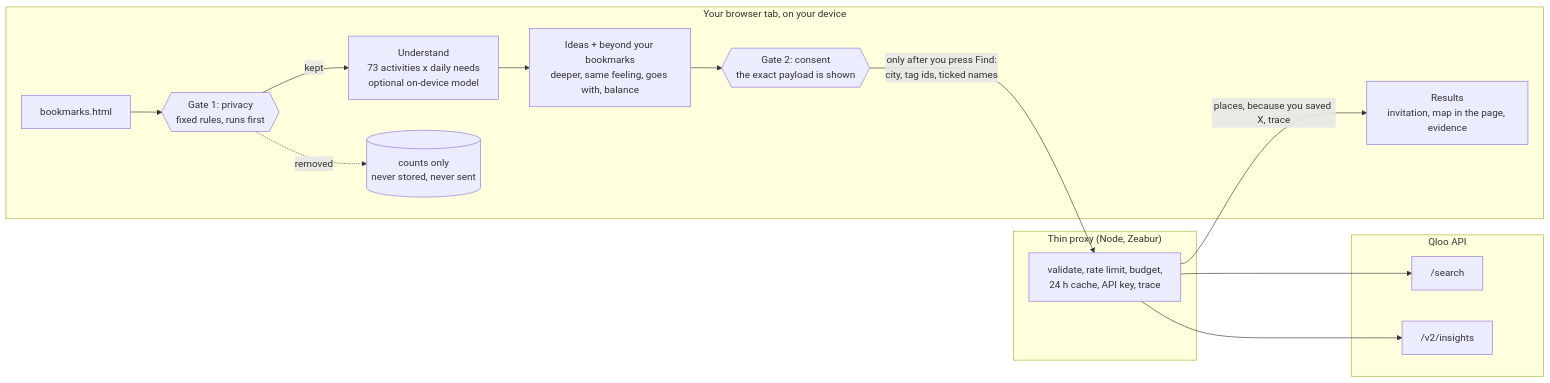
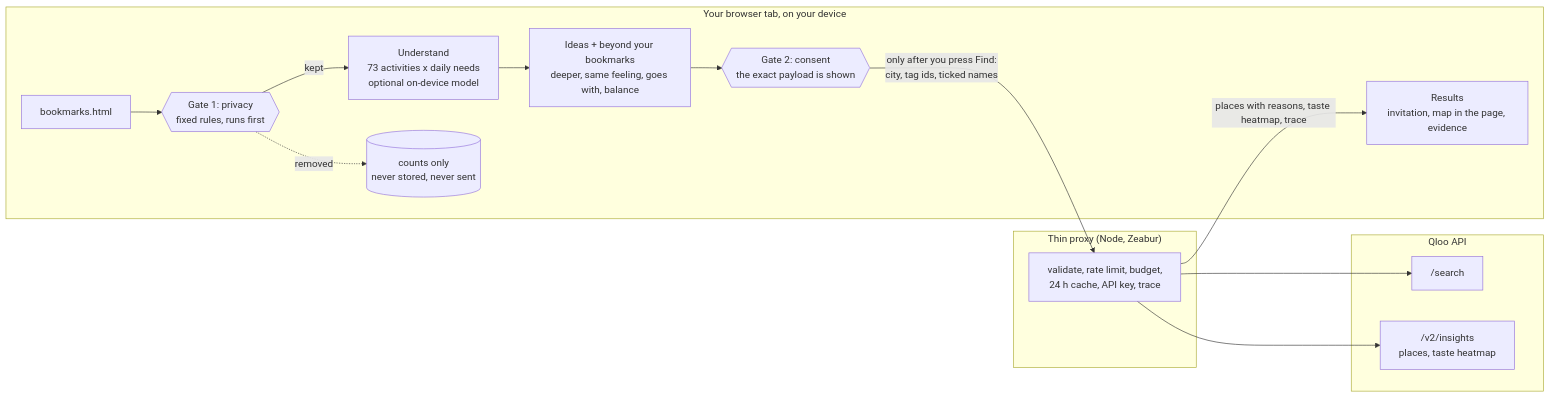
Before and after one commit to jiarong0423/understood-not-seen: the diagram in README.md, drawn with Mermaid. The commit also changed other lines of this file and 4 other files, not shown here.

First line of the commit message:
Taste heatmap: where the saved places' taste clusters in the city

````diff
--- a/README.md
+++ b/README.md
@@ -30,22 +30,22 @@
 ```mermaid
 flowchart LR
   subgraph Device["Your browser tab, on your device"]
     B["bookmarks.html"] --> G1{{"Gate 1: privacy<br/>fixed rules, runs first"}}
     G1 -->|kept| U["Understand<br/>73 activities x daily needs<br/>optional on-device model"]
     G1 -.->|removed| X[("counts only<br/>never stored, never sent")]
     U --> I["Ideas + beyond your bookmarks<br/>deeper, same feeling, goes with, balance"]
     I --> G2{{"Gate 2: consent<br/>the exact payload is shown"}}
     R["Results<br/>invitation, map in the page, evidence"]
   end
   subgraph Server["Thin proxy (Node, Zeabur)"]
     P["validate, rate limit, budget,<br/>24 h cache, API key, trace"]
   end
   subgraph Q["Qloo API"]
     S["/search"]
-    N["/v2/insights"]
+    N["/v2/insights<br/>places, taste heatmap"]
   end
   G2 -->|"only after you press Find:<br/>city, tag ids, ticked names"| P
   P --> S
   P --> N
-  P -->|"places, because you saved X, trace"| R
+  P -->|"places with reasons, taste heatmap, trace"| R
 ```
````
